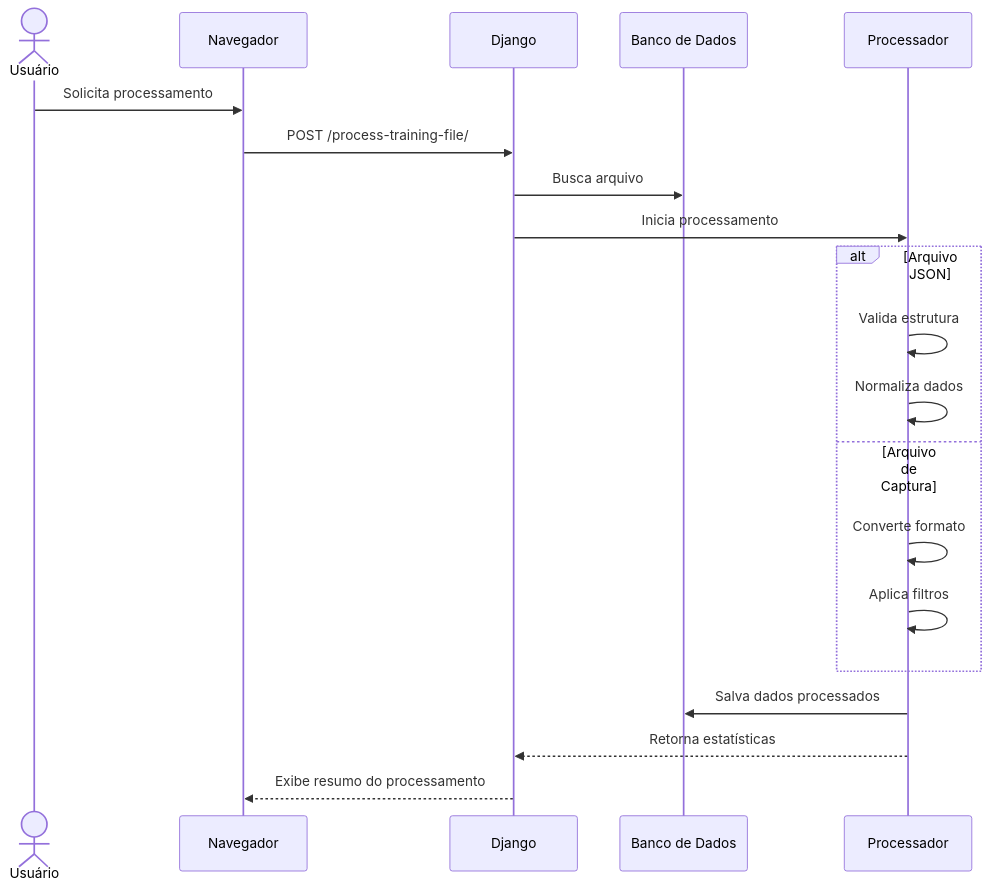
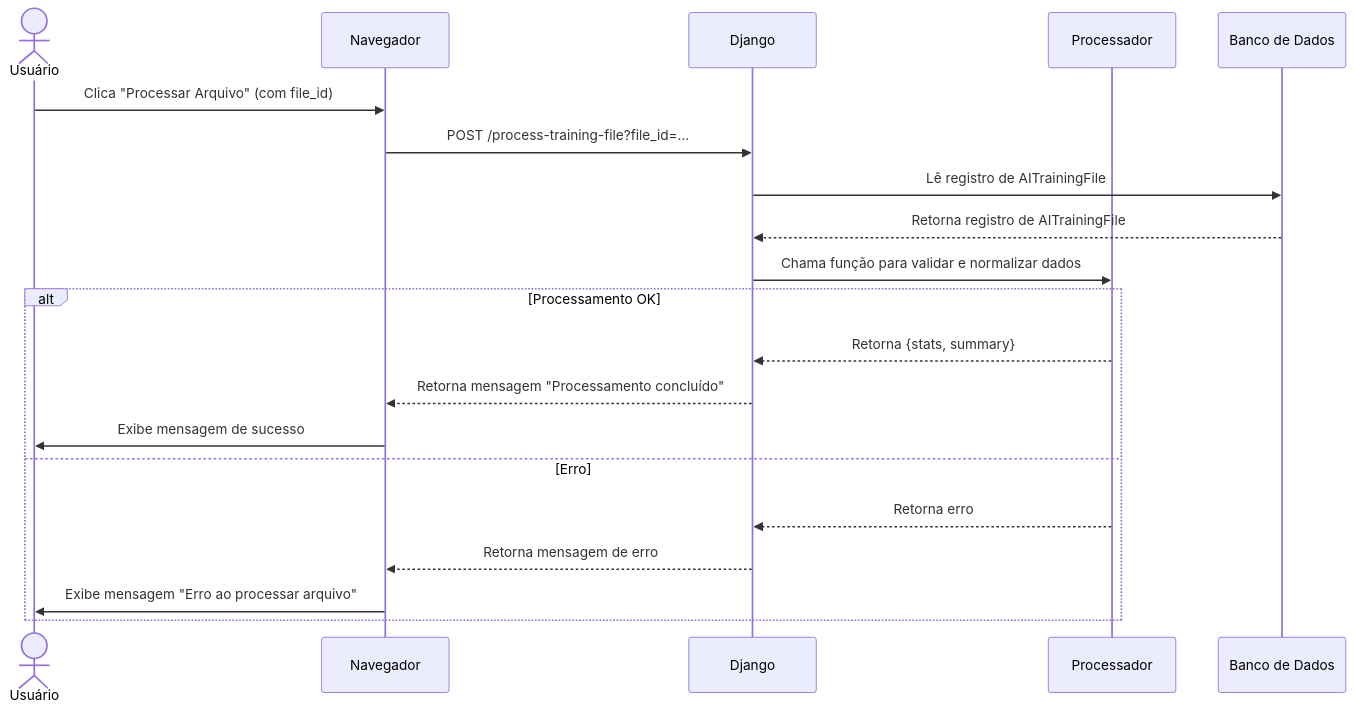
One commit to diegogrosmann/EnsinaNet.AI changed diagram 13 of 26 in README.md. Above: the diagram before and after it, drawn with Mermaid. The commit also changed other lines of this file and 117 other files, not shown here.

````diff
--- a/README.md
+++ b/README.md
@@ -823,25 +879,23 @@
 ```mermaid
 sequenceDiagram
     actor U as Usuário
     participant N as Navegador
     participant D as Django
+    participant P as Processador
     participant DB as Banco de Dados
-    participant P as Processador
 
-    U->>N: Solicita processamento
-    N->>D: POST /process-training-file/
-    D->>DB: Busca arquivo
-    D->>P: Inicia processamento
-
-    alt Arquivo JSON
-        P->>P: Valida estrutura
-        P->>P: Normaliza dados
-    else Arquivo de Captura
-        P->>P: Converte formato
-        P->>P: Aplica filtros
+    U->>N: Clica "Processar Arquivo" (com file_id)
+    N->>D: POST /process-training-file?file_id=...
+    D->>DB: Lê registro de AITrainingFile
+    DB-->>D: Retorna registro de AITrainingFile
+    D->>P: Chama função para validar e normalizar dados
+    alt Processamento OK
+        P-->>D: Retorna {stats, summary}
+        D-->>N: Retorna mensagem "Processamento concluído"
+        N->>U: Exibe mensagem de sucesso
+    else Erro
+        P-->>D: Retorna erro
+        D-->>N: Retorna mensagem de erro
+        N->>U: Exibe mensagem "Erro ao processar arquivo"
     end
-
-    P->>DB: Salva dados processados
-    P-->>D: Retorna estatísticas
-    D-->>N: Exibe resumo do processamento
 ```
````
